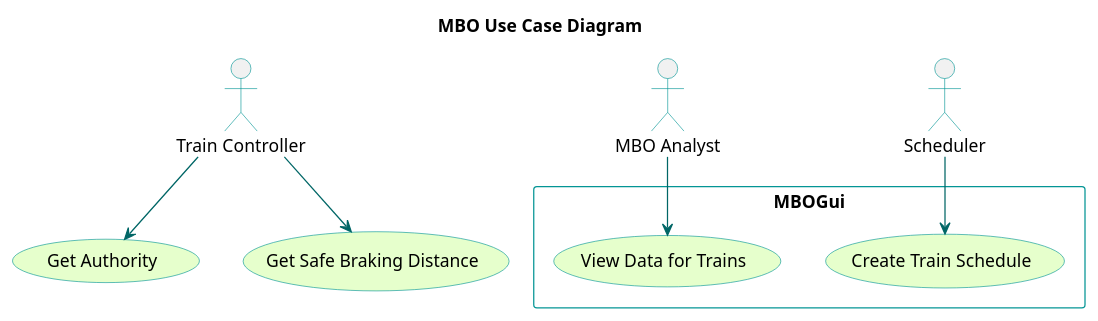
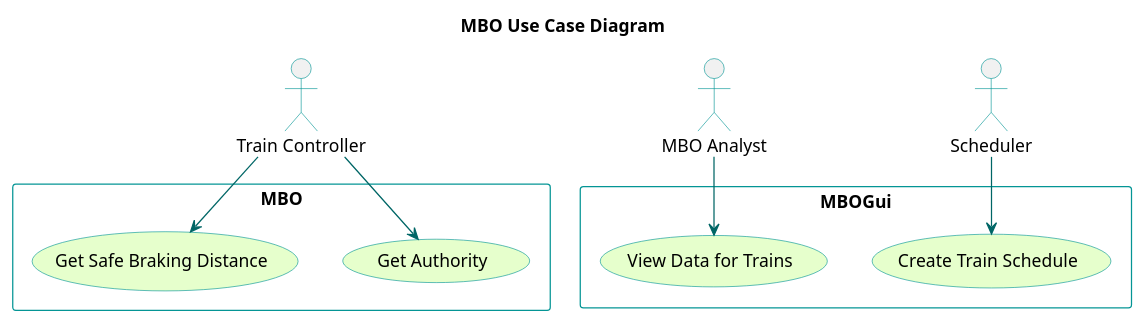
One commit to kevingilboy/COE1186 changed the diagram in TrainSystem/yUML/Usecase Diagrams/MBOUseCaseDiagram.pu. Above: the diagram before and after it, drawn with PlantUML. The commit also changed 4 other files, not shown here.

Commit message:
class diagrams turned in as WP2

```diff
--- a/TrainSystem/yUML/Usecase Diagrams/MBOUseCaseDiagram.pu
+++ b/TrainSystem/yUML/Usecase Diagrams/MBOUseCaseDiagram.pu
@@ -1,23 +1,28 @@
 @startuml
 title MBO Use Case Diagram
 
 skinparam usecaseBackgroundColor #e6ffcc
 skinparam usecaseBorderColor 	#049595
 skinparam actorBorderColor 	#049595
 skinparam packageBorderCOlor  #049595
 skinparam arrowColor #006666
 
 :Train Controller: as tc
 :MBO Analyst: as ma
 :Scheduler: as s
 
 rectangle MBOGui{
 	(View Data for Trains)
 	(Create Train Schedule)
 }
 
+rectangle MBO {
+	(Get Authority)
+	(Get Safe Braking Distance)
+}
+
 ma --> (View Data for Trains)
 tc --> (Get Authority)
 tc --> (Get Safe Braking Distance)
 s --> (Create Train Schedule)
 @enduml
```
